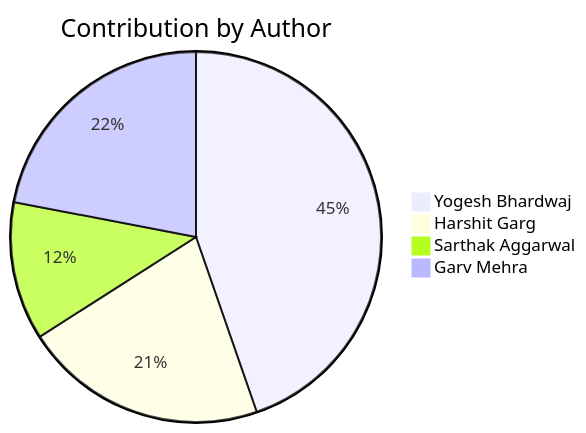
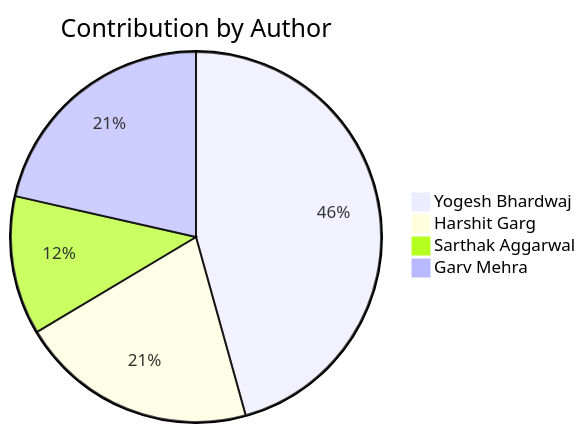
The second of 2 diagrams in README.md (Yogesh-Bhardwaj-hue/Scm-Final_2.0), drawn with Mermaid before and after one commit. The commit also changed other lines of this file, not shown here.

Commit message:
x1V20C3ml3eF

````diff
--- a/README.md
+++ b/README.md
@@ -190,7 +190,7 @@
 ```mermaid
 pie title Contribution by Author
-    "Yogesh Bhardwaj": 126
+    "Yogesh Bhardwaj": 132
     "Harshit Garg": 60
-    "Sarthak Aggarwal": 34
+    "Sarthak Aggarwal": 35
     "Garv Mehra": 62
 ```
````
